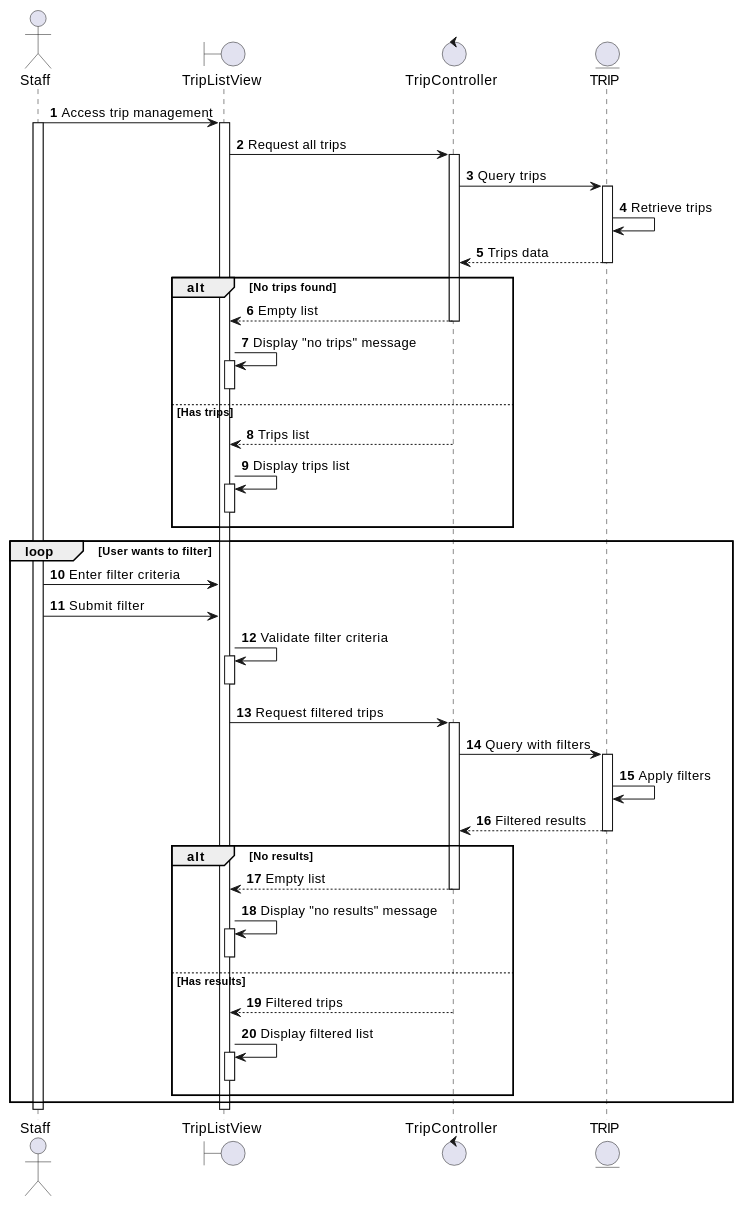
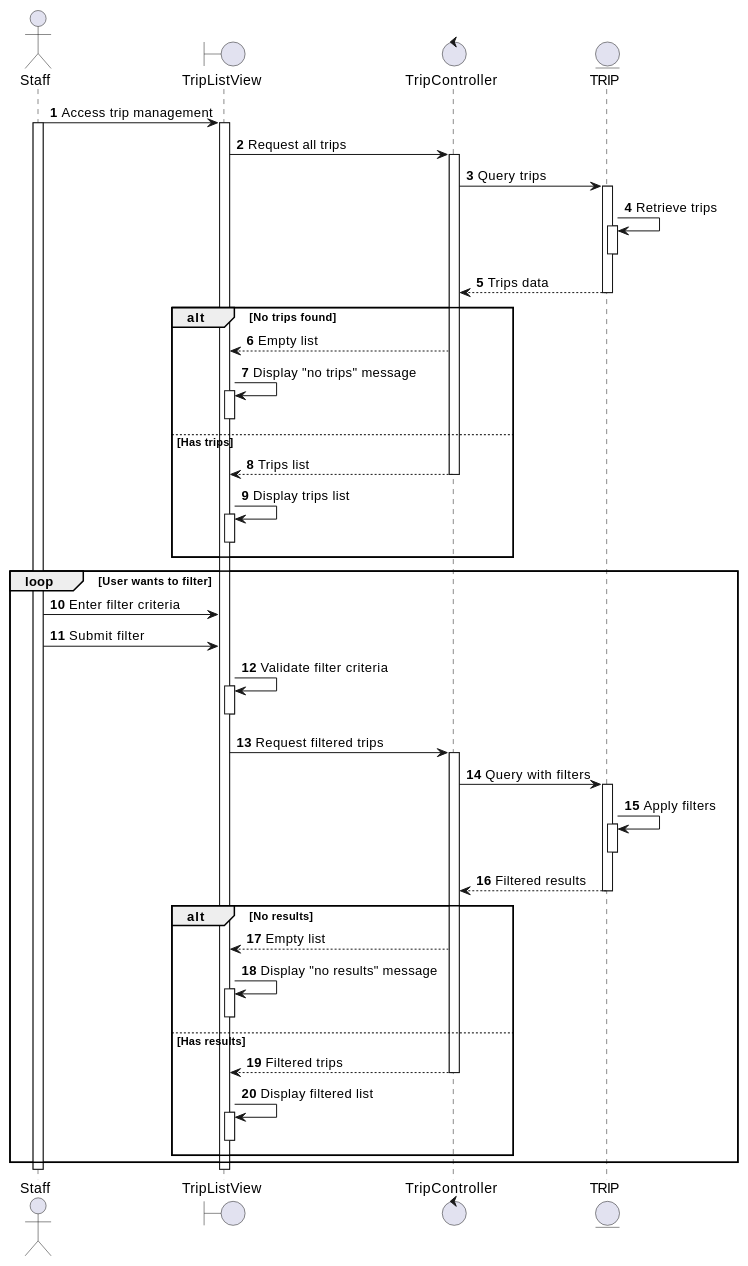
One commit to se113-wm/se113-wm.github.io changed the diagram in docs/docs/sequence/manage-trips/view-and-filter-trips.md. Above: the diagram before and after it, drawn with PlantUML. The commit also changed 37 other files, not shown here.

First line of the commit message:
Refactor sequence diagrams for booking and trip management

````diff
--- a/docs/docs/sequence/manage-trips/view-and-filter-trips.md
+++ b/docs/docs/sequence/manage-trips/view-and-filter-trips.md
@@ -3,70 +3,72 @@
 ```plantuml
 @startuml
 autonumber
 
 actor Staff as S
 boundary TripListView as TLV
 control TripController as TC
 entity TRIP as T
 
 S -> TLV: Access trip management
 activate S
 activate TLV
 TLV -> TC: Request all trips
 activate TC
 TC -> T: Query trips
 activate T
 T -> T: Retrieve trips
+activate T
+deactivate T
 TC <-- T: Trips data
 deactivate T
 
 alt No trips found
   TLV <-- TC: Empty list
-  deactivate TC
   TLV -> TLV: Display "no trips" message
   activate TLV
   deactivate TLV
 else Has trips
   TLV <-- TC: Trips list
   deactivate TC
   TLV -> TLV: Display trips list
   activate TLV
   deactivate TLV
 end
 
 loop User wants to filter
   S -> TLV: Enter filter criteria
   S -> TLV: Submit filter
   TLV -> TLV: Validate filter criteria
   activate TLV
   deactivate TLV
   TLV -> TC: Request filtered trips
   activate TC
   TC -> T: Query with filters
   activate T
   T -> T: Apply filters
+  activate T
+  deactivate T
   TC <-- T: Filtered results
   deactivate T
 
   alt No results
     TLV <-- TC: Empty list
-    deactivate TC
     TLV -> TLV: Display "no results" message
     activate TLV
     deactivate TLV
   else Has results
     TLV <-- TC: Filtered trips
     deactivate TC
     TLV -> TLV: Display filtered list
     activate TLV
     deactivate TLV
   end
 end
 
 deactivate TLV
 deactivate S
 
 @enduml
 
 <!-- diagram id="sequence-manage-trips-view-and-filter-trips" -->
 ```
````
